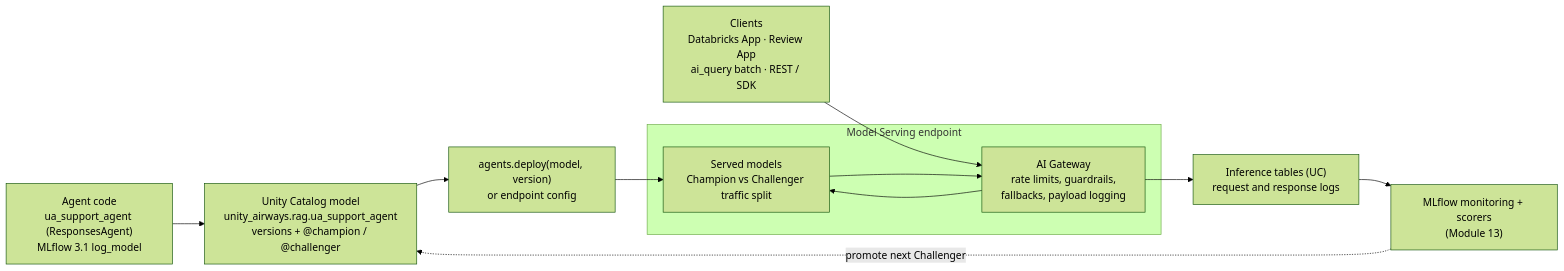
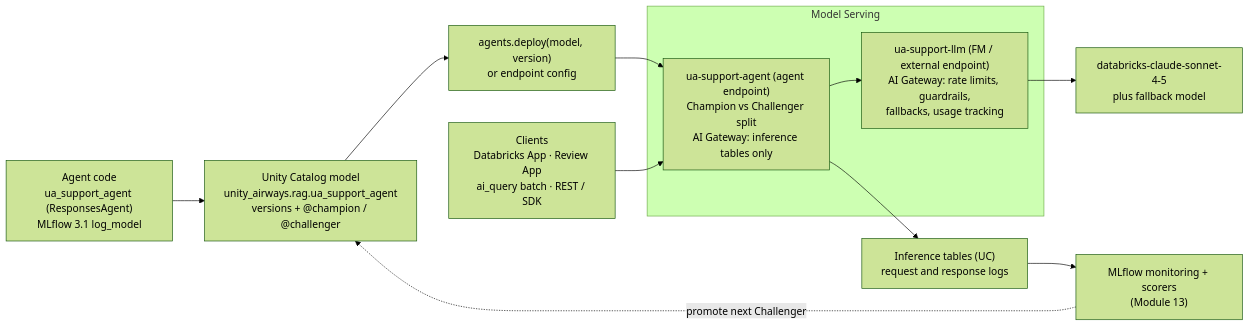
Before and after one commit to Sourav692/9.-Databricks-Generative-AI_-End-to-End: the first of 2 diagrams in modules/11-deployment-serving/module.md, drawn with Mermaid (forest theme). The commit also changed other lines of this file and 34 other files, not shown here.

````diff
--- a/modules/11-deployment-serving/module.md
+++ b/modules/11-deployment-serving/module.md
@@ -71,18 +71,17 @@
 ```mermaid
 flowchart LR
   DEV["Agent code<br/>ua_support_agent (ResponsesAgent)<br/>MLflow 3.1 log_model"]
   UC["Unity Catalog model<br/>unity_airways.rag.ua_support_agent<br/>versions + @champion / @challenger"]
   DEP["agents.deploy(model, version)<br/>or endpoint config"]
-  subgraph SERVE["Model Serving endpoint"]
-    GW["AI Gateway<br/>rate limits, guardrails,<br/>fallbacks, payload logging"]
-    EP["Served models<br/>Champion vs Challenger traffic split"]
+  subgraph SERVE["Model Serving"]
+    AGENT["ua-support-agent (agent endpoint)<br/>Champion vs Challenger split<br/>AI Gateway: inference tables only"]
+    LLM["ua-support-llm (FM / external endpoint)<br/>AI Gateway: rate limits, guardrails,<br/>fallbacks, usage tracking"]
   end
   CLIENTS["Clients<br/>Databricks App · Review App<br/>ai_query batch · REST / SDK"]
   IT["Inference tables (UC)<br/>request and response logs"]
   MON["MLflow monitoring + scorers<br/>(Module 13)"]
-  DEV --> UC --> DEP --> EP
-  CLIENTS --> GW --> EP
-  EP --> GW
-  GW --> IT --> MON
+  DEV --> UC --> DEP --> AGENT
+  CLIENTS --> AGENT --> LLM --> MODEL["databricks-claude-sonnet-4-5<br/>plus fallback model"]
+  AGENT --> IT --> MON
   MON -. "promote next Challenger" .-> UC
 ```
````
